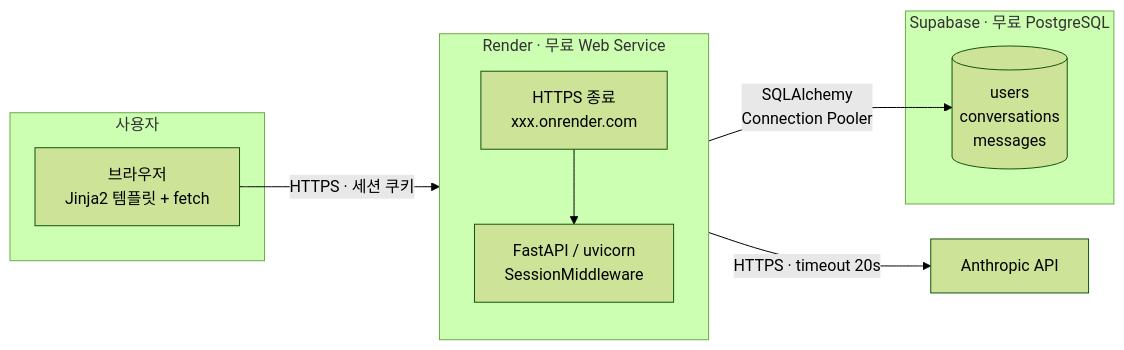
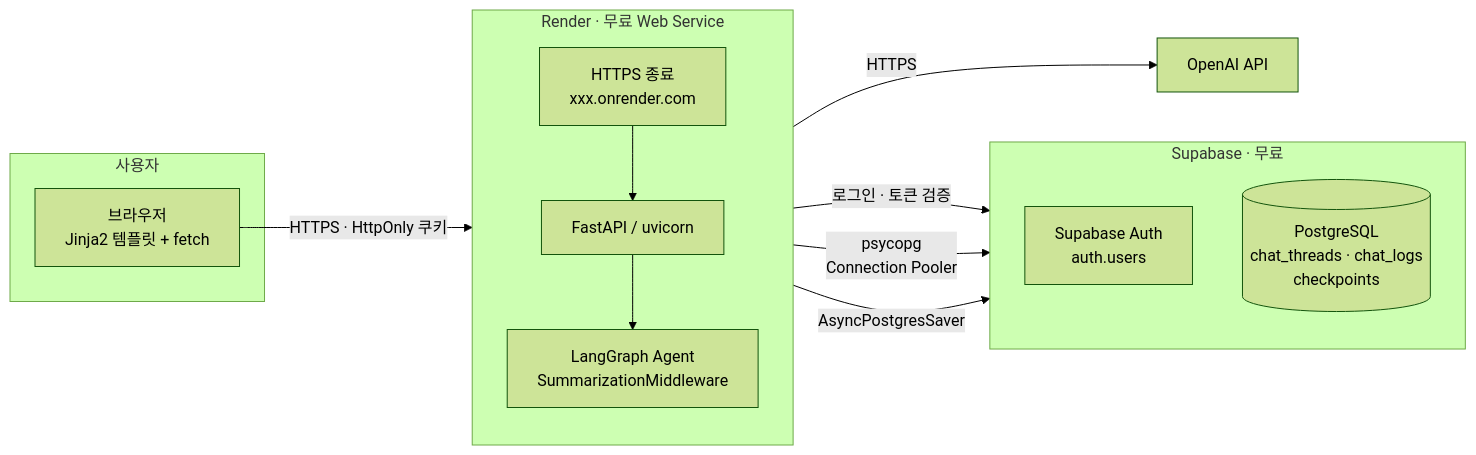
The first of 4 diagrams in docs/architecture.md (codyssey-ai/chatbot-api), drawn with Mermaid (forest theme) before and after one commit. The commit also changed other lines of this file and 7 other files, not shown here.

First line of the commit message:
docs: 인증을 Supabase Auth 로 확정하고 문서 정합성 정리

````diff
--- a/docs/architecture.md
+++ b/docs/architecture.md
@@ -5,23 +5,29 @@
 ```mermaid
 flowchart LR
     subgraph client["사용자"]
         B["브라우저<br/>Jinja2 템플릿 + fetch"]
     end
 
     subgraph render["Render · 무료 Web Service"]
         direction TB
         TLS["HTTPS 종료<br/>xxx.onrender.com"]
-        API["FastAPI / uvicorn<br/>SessionMiddleware"]
+        API["FastAPI / uvicorn"]
+        AG["LangGraph Agent<br/>SummarizationMiddleware"]
         TLS --> API
+        API --> AG
     end
 
-    subgraph supa["Supabase · 무료 PostgreSQL"]
-        DB[("users<br/>conversations<br/>messages")]
+    subgraph supa["Supabase · 무료"]
+        direction TB
+        AUTH["Supabase Auth<br/>auth.users"]
+        DB[("PostgreSQL<br/>chat_threads · chat_logs<br/>checkpoints")]
     end
 
-    AI["Anthropic API"]
+    AI["OpenAI API"]
 
-    B -->|"HTTPS · 세션 쿠키"| TLS
-    API -->|"SQLAlchemy<br/>Connection Pooler"| DB
-    API -->|"HTTPS · timeout 20s"| AI
+    B -->|"HTTPS · HttpOnly 쿠키"| TLS
+    API -->|"로그인 · 토큰 검증"| AUTH
+    API -->|"psycopg<br/>Connection Pooler"| DB
+    AG -->|"AsyncPostgresSaver"| DB
+    AG -->|"HTTPS"| AI
 ```
````
